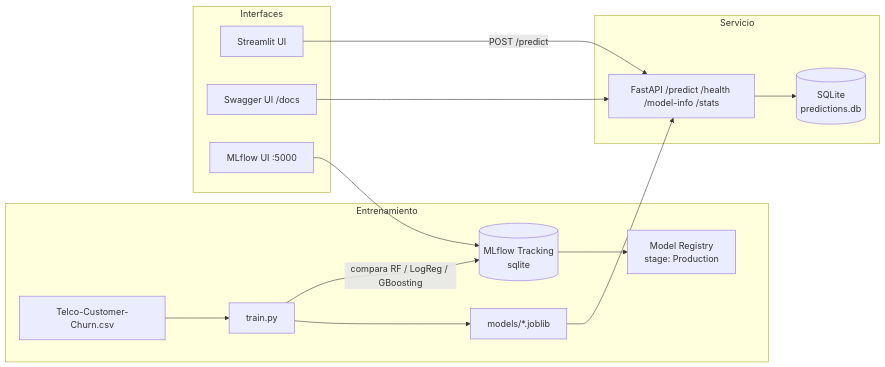
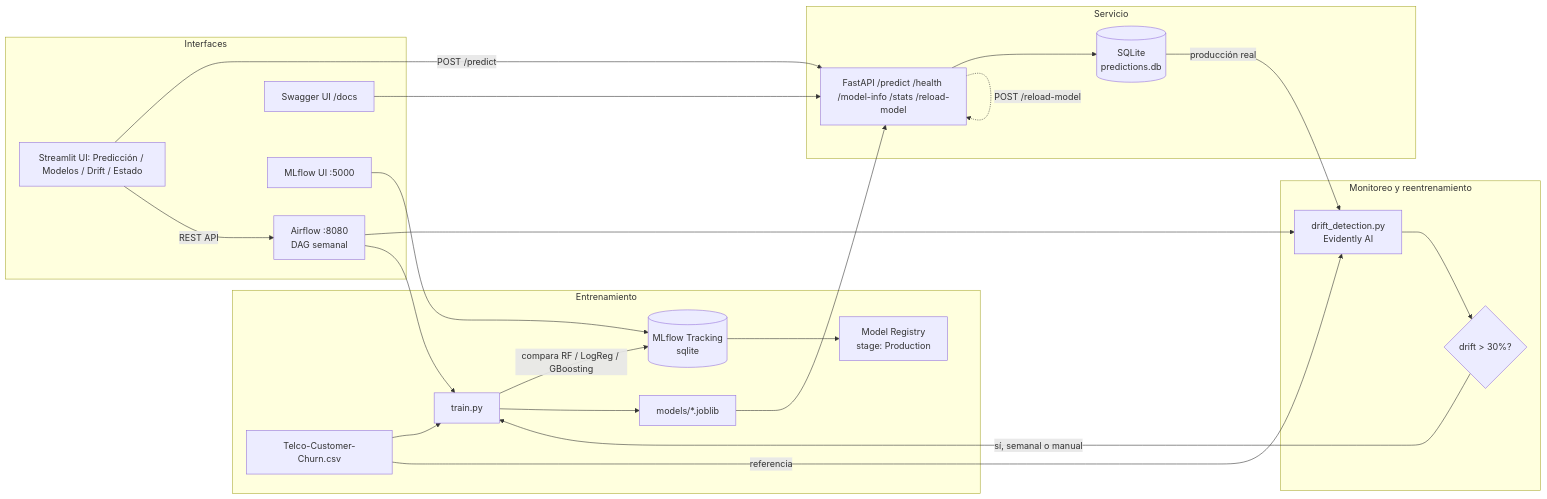
The diagram in README.md (azjhomaq/ml-churn-mlops-docker), drawn with Mermaid before and after one commit. The commit also changed other lines of this file and 20 other files, not shown here.

````diff
--- a/README.md
+++ b/README.md
@@ -10,20 +10,31 @@
 ```mermaid
 flowchart LR
     subgraph Entrenamiento
         A[Telco-Customer-Churn.csv] --> B[train.py]
         B -->|compara RF / LogReg / GBoosting| C[(MLflow Tracking\nsqlite)]
         C --> D[Model Registry\nstage: Production]
         B --> E[models/*.joblib]
     end
 
     subgraph Servicio
-        E --> F[FastAPI /predict /health /model-info /stats]
+        E --> F[FastAPI /predict /health /model-info /stats /reload-model]
         F --> G[(SQLite\npredictions.db)]
     end
 
+    subgraph Monitoreo y reentrenamiento
+        G -->|producción real| K[drift_detection.py\nEvidently AI]
+        A -->|referencia| K
+        K --> L{drift > 30%?}
+        L -->|sí, semanal o manual| B
+        F -.->|POST /reload-model| F
+    end
+
     subgraph Interfaces
-        H[Streamlit UI] -->|POST /predict| F
+        H[Streamlit UI: Predicción / Modelos / Drift / Estado] -->|POST /predict| F
+        H -->|REST API| M[Airflow]
         I[Swagger UI /docs] --> F
         J[MLflow UI :5000] --> C
+        M[Airflow :8080\nDAG semanal] --> K
+        M --> B
     end
 ```
````
